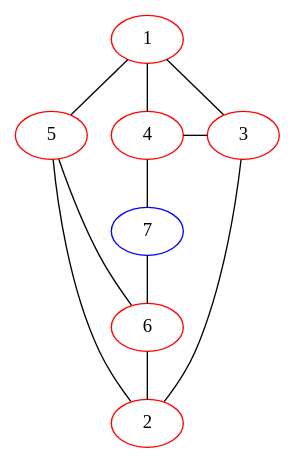
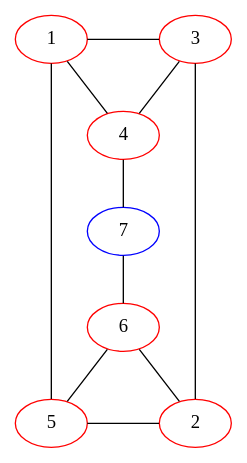
Before and after one commit to bilboquet/gamelib: the diagram in sprouts/111121.dot, drawn with Graphviz. The commit also changed 29 other files, not shown here.

```diff
--- a/sprouts/111121.dot
+++ b/sprouts/111121.dot
@@ -1,25 +1,33 @@
 graph {
-  5;
+
   1 -- 4 -- 3 -- 2;
-  1 -- 3;
-  1 -- 5 -- 2;
+  1 -- 3 [minlen=3];
+  1 -- 5 ;
+  5 -- 2 [minlen=3];
   5 -- 6 -- 2;
   4 -- 7 -- 6 [weight=2];
 
   {
     rank="same";
+    1;
     3;
-    4;
+
+  }
+
+
+  {
+    rank="same";
+    2;
     5;
 
   }
 
   1 [color="red"];
   2 [color="red"];
   3 [color="red"];
   4 [color="red"];
   5 [color="red"];
   6 [color="red"];
   7 [color="blue"];
 
 }
```
